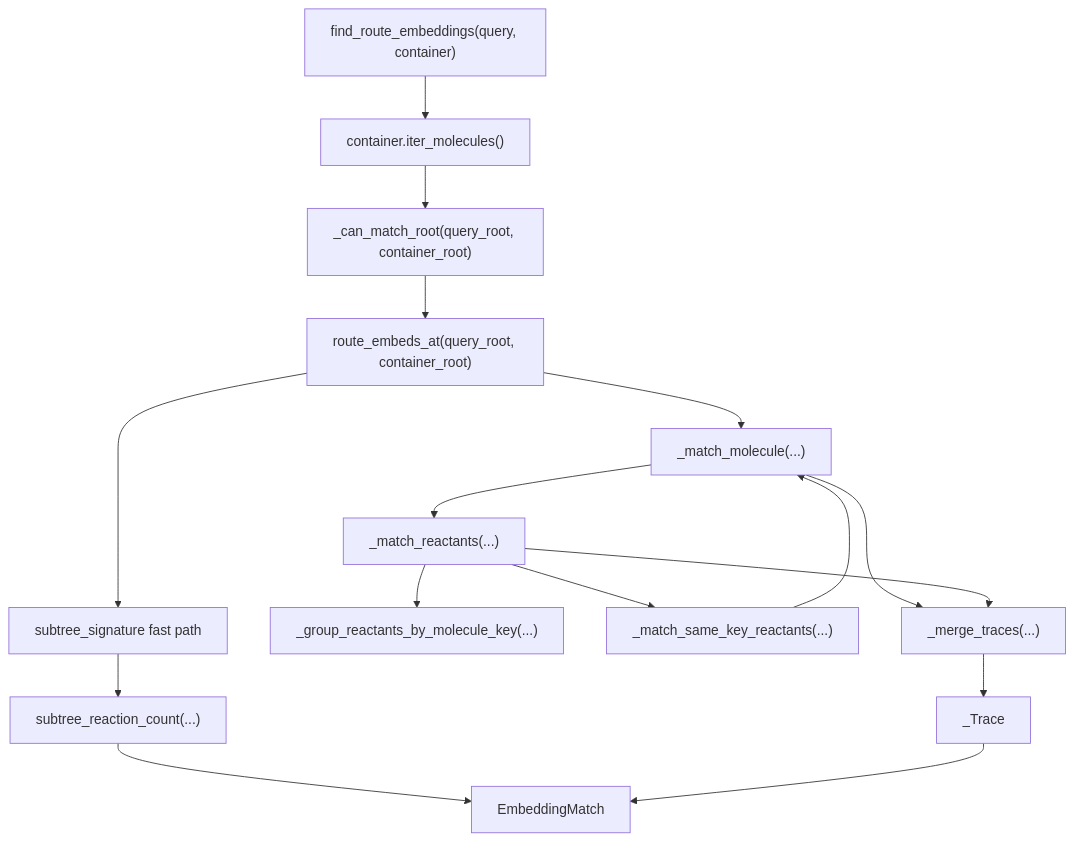
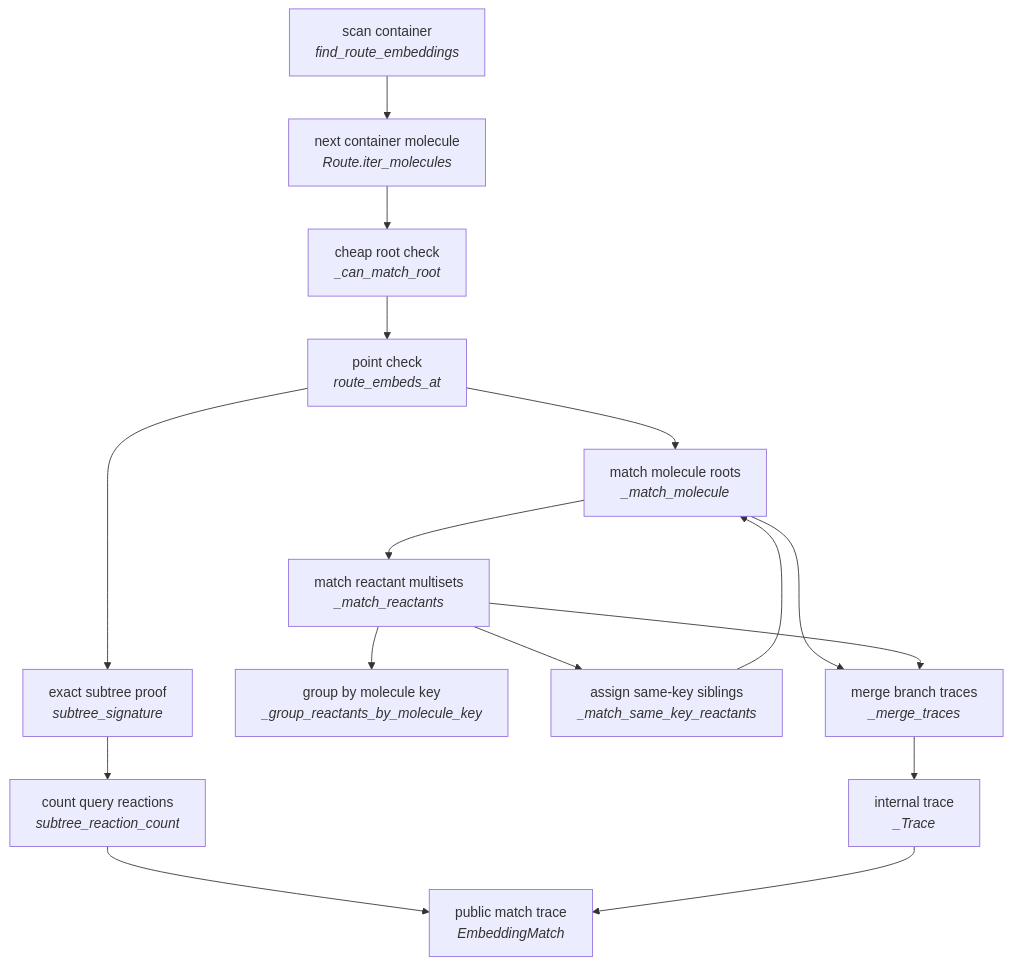
Before and after one commit to ischemist/project-procrustes: the second of 3 diagrams in docs/developer-reference/route-embedding.md, drawn with Mermaid. The commit also changed other lines of this file, not shown here.

Commit message:
DEV: finalize route embedding odc

````diff
--- a/docs/developer-reference/route-embedding.md
+++ b/docs/developer-reference/route-embedding.md
@@ -175,32 +191,32 @@
 ```mermaid
 flowchart TD
-    scan["find_route_embeddings(query, container)"]
-    iter["container.iter_molecules()"]
-    can_root["_can_match_root(query_root, container_root)"]
-    point["route_embeds_at(query_root, container_root)"]
-    exact["subtree_signature fast path"]
-    molecule["_match_molecule(...)"]
-    reactants["_match_reactants(...)"]
-    groups["_group_reactants_by_molecule_key(...)"]
-    same_key["_match_same_key_reactants(...)"]
-    merge["_merge_traces(...)"]
-    trace["_Trace"]
-    count["subtree_reaction_count(...)"]
-    result["EmbeddingMatch"]
+    scan["scan container<br/><i>find_route_embeddings</i>"]
+    iter["next container molecule<br/><i>Route.iter_molecules</i>"]
+    can_root["cheap root check<br/><i>_can_match_root</i>"]
+    point["point check<br/><i>route_embeds_at</i>"]
+    exact["exact subtree proof<br/><i>subtree_signature</i>"]
+    count["count query reactions<br/><i>subtree_reaction_count</i>"]
+    molecule["match molecule roots<br/><i>_match_molecule</i>"]
+    reactants["match reactant multisets<br/><i>_match_reactants</i>"]
+    groups["group by molecule key<br/><i>_group_reactants_by_molecule_key</i>"]
+    same_key["assign same-key siblings<br/><i>_match_same_key_reactants</i>"]
+    merge["merge branch traces<br/><i>_merge_traces</i>"]
+    trace["internal trace<br/><i>_Trace</i>"]
+    result["public match trace<br/><i>EmbeddingMatch</i>"]
 
     scan --> iter
     iter --> can_root
     can_root --> point
     point --> exact
     exact --> count
     count --> result
     point --> molecule
     molecule --> reactants
     reactants --> groups
     reactants --> same_key
     same_key --> molecule
     molecule --> merge
     reactants --> merge
     merge --> trace
     trace --> result
 ```
````
